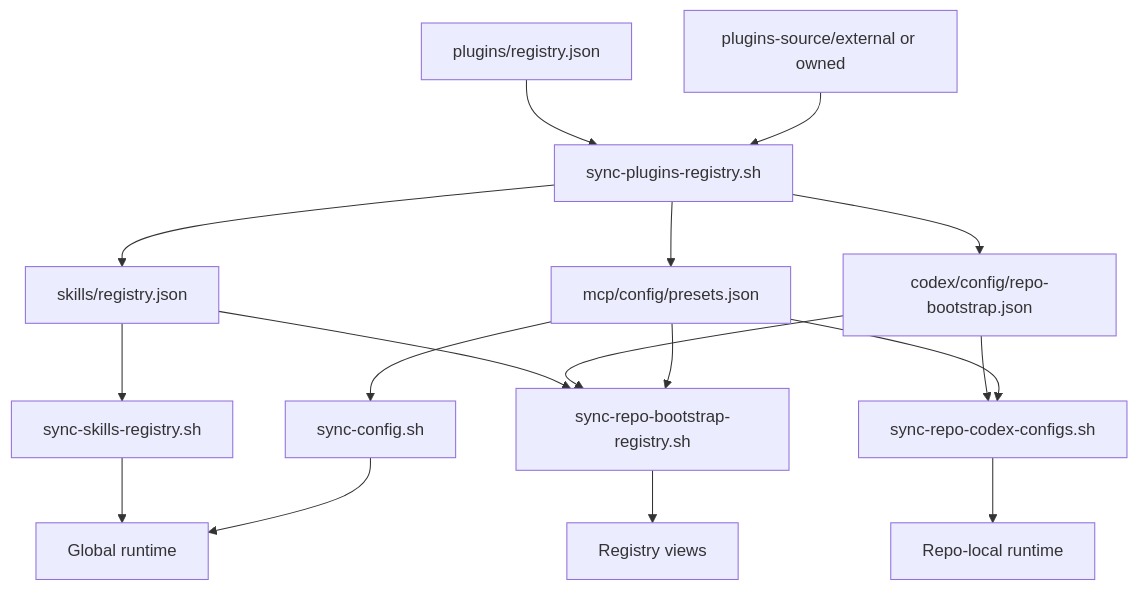
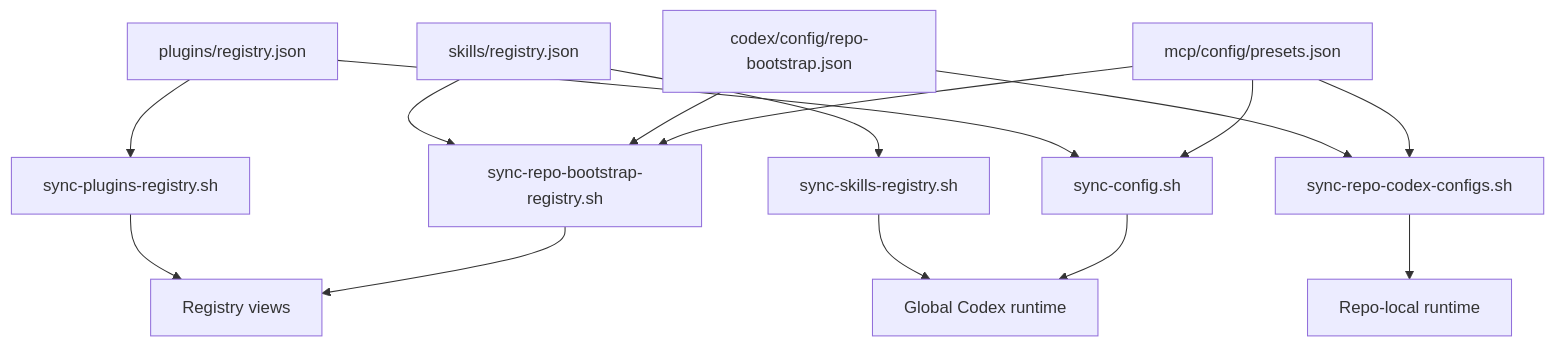
The diagram in docs/architecture/capability-bootstrap-model.md (wisdom-in-a-nutshell/.agents), drawn with Mermaid before and after one commit. The commit also changed other lines of this file and 46 other files, not shown here.

````diff
--- a/docs/architecture/capability-bootstrap-model.md
+++ b/docs/architecture/capability-bootstrap-model.md
@@ -9,33 +9,30 @@
 ```mermaid
 flowchart TD
     P[plugins/registry.json]
-    P2[plugins-source/external or owned]
     A[skills/registry.json]
     B[codex/config/repo-bootstrap.json]
     C[mcp/config/presets.json]
     PS[sync-plugins-registry.sh]
     E[sync-skills-registry.sh]
     F[sync-repo-codex-configs.sh]
     G[sync-config.sh]
     H[sync-repo-bootstrap-registry.sh]
-    I[Global runtime]
+    I[Global Codex runtime]
     J[Repo-local runtime]
     K[Registry views]
 
     P --> PS
-    P2 --> PS
-    PS --> A
-    PS --> B
-    PS --> C
+    P --> G
+    PS --> K
     A --> E
     A --> H
     B --> F
     B --> H
     C --> F
     C --> G
     C --> H
     E --> I
     F --> J
     G --> I
     H --> K
 ```
````
